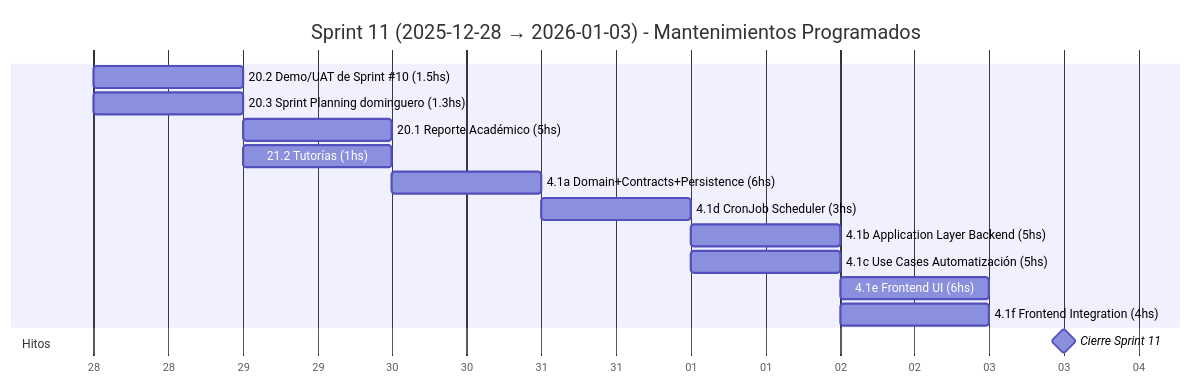
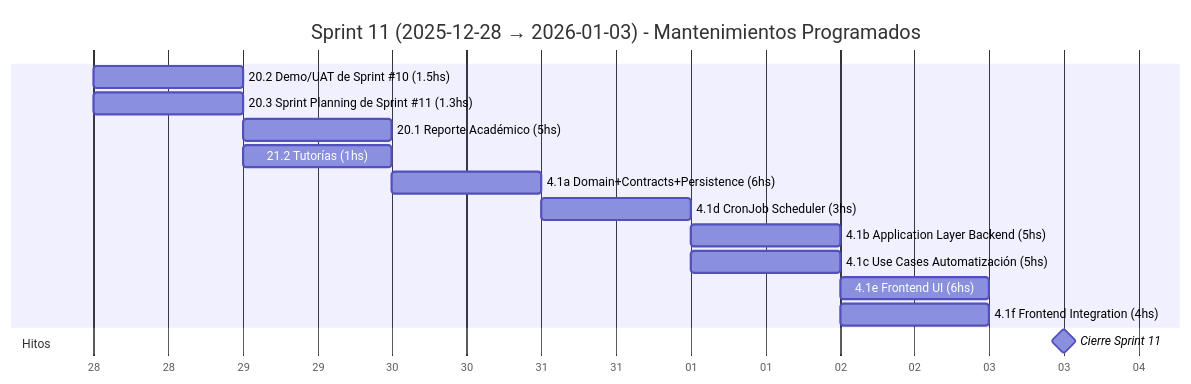
One commit to MarkMed/FleetMan changed diagram 12 of 19 in docs/SprintsGantts.md. Above: the diagram before and after it, drawn with Mermaid. The commit also changed other lines of this file and 2 other files, not shown here.

Commit message:
feat: Update Sprint Planning references to include specific sprint numbers

````diff
--- a/docs/SprintsGantts.md
+++ b/docs/SprintsGantts.md
@@ -357,22 +357,22 @@
 ```mermaid
 gantt
   title Sprint 11 (2025-12-28 → 2026-01-03) - Mantenimientos Programados
   dateFormat  YYYY-MM-DD
   axisFormat  %d
 
   %% Asumimos 5 h/día. Horas estimadas incluidas en el nombre.
 
   20.2 Demo/UAT de Sprint #10 (1.5hs)          :t202, 2025-12-28, 1d
-  20.3 Sprint Planning dominguero (1.3hs)      :t203, 2025-12-28, 1d
+  20.3 Sprint Planning de Sprint #11 (1.3hs)      :t203, 2025-12-28, 1d
   20.1 Reporte Académico (5hs)                 :t201, 2025-12-29, 1d
   21.2 Tutorías (1hs)                          :t212, 2025-12-29, 1d
   4.1a Domain+Contracts+Persistence (6hs)      :t41a, 2025-12-30, 1d
   4.1d CronJob Scheduler (3hs)                 :t41d, 2025-12-31, 0.6d
   4.1b Application Layer Backend (5hs)         :t41b, 2026-01-01, 1d
   4.1c Use Cases Automatización (5hs)          :t41c, 2026-01-01, 1d
   4.1e Frontend UI (6hs)                       :t41e, 2026-01-02, 1.2d
   4.1f Frontend Integration (4hs)              :t41f, 2026-01-02, 0.8d
 
   section Hitos
   Cierre Sprint 11                             :milestone, s11, 2026-01-03, 1d
 ```
````
